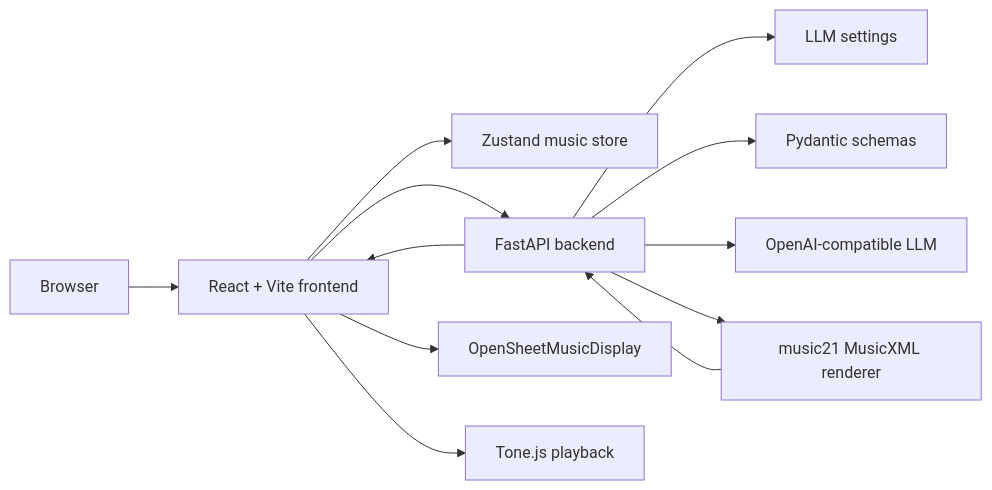
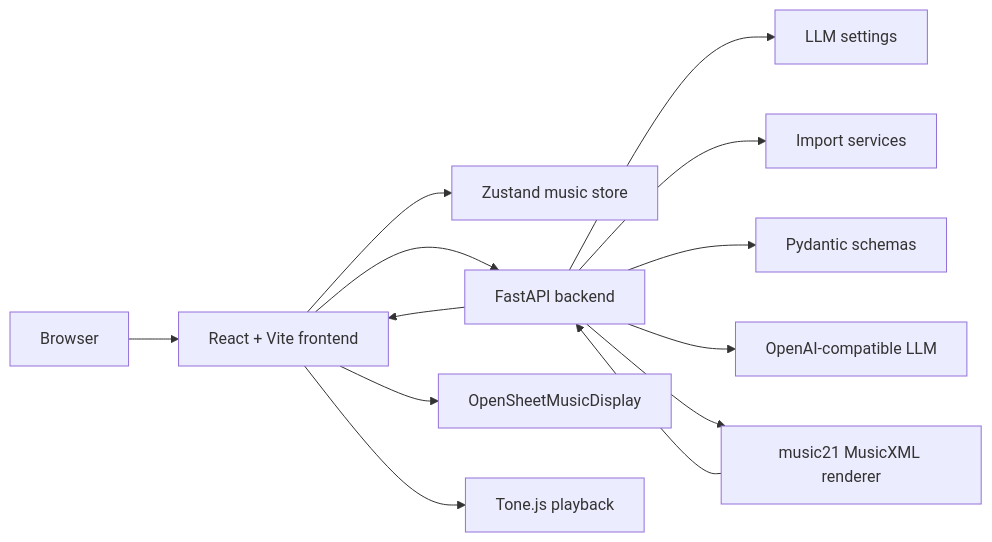
One commit to deliium/mukit-ai changed the first of 4 diagrams in docs/CODEBASE_MAP.md. Above: the diagram before and after it, drawn with Mermaid. The commit also changed other lines of this file and 9 other files, not shown here.

````diff
--- a/docs/CODEBASE_MAP.md
+++ b/docs/CODEBASE_MAP.md
@@ -19,25 +19,27 @@
 ```mermaid
 flowchart LR
   Browser[Browser]
   Frontend[React + Vite frontend]
   Store[Zustand music store]
   API[FastAPI backend]
   Settings[LLM settings]
+  Import[Import services]
   LLM[OpenAI-compatible LLM]
   Schemas[Pydantic schemas]
   Renderer[music21 MusicXML renderer]
   OSMD[OpenSheetMusicDisplay]
   Tone[Tone.js playback]
 
   Browser --> Frontend
   Frontend --> Store
   Frontend --> API
   API --> Settings
+  API --> Import
   API --> Schemas
   API --> LLM
   API --> Renderer
   Renderer --> API
   API --> Frontend
   Frontend --> OSMD
   Frontend --> Tone
 ```
````
